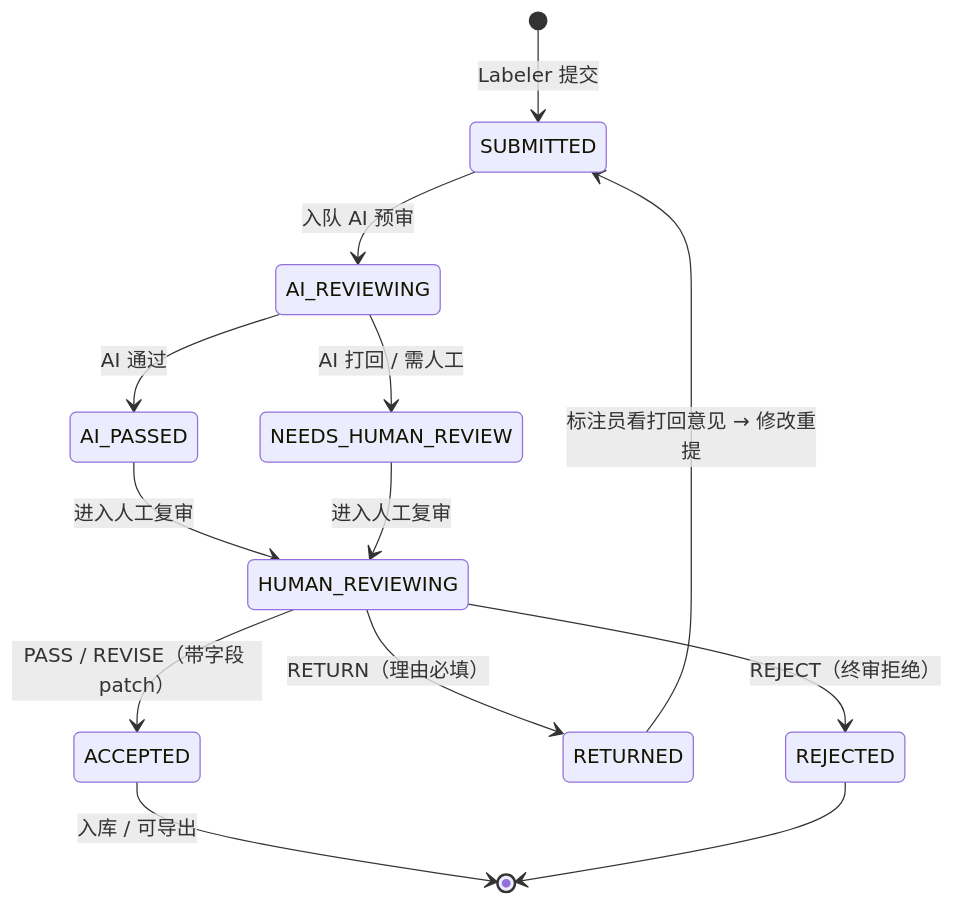
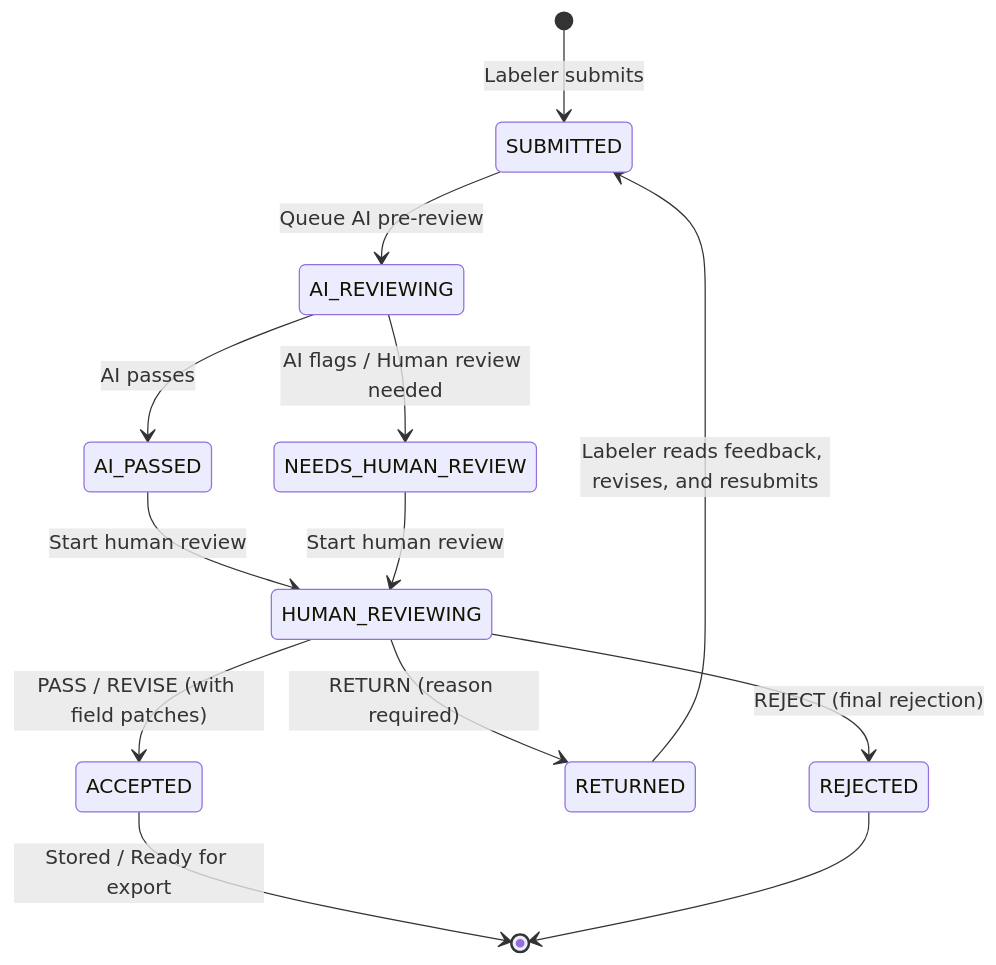
One commit to peilinpeng/labelhub changed the third of 3 diagrams in README.md. Above: the diagram before and after it, drawn with Mermaid. The commit also changed other lines of this file, not shown here.

````diff
--- a/README.md
+++ b/README.md
@@ -119,15 +189,15 @@
 ```mermaid
 stateDiagram-v2
-    [*] --> SUBMITTED: Labeler 提交
-    SUBMITTED --> AI_REVIEWING: 入队 AI 预审
-    AI_REVIEWING --> AI_PASSED: AI 通过
-    AI_REVIEWING --> NEEDS_HUMAN_REVIEW: AI 打回 / 需人工
-    AI_PASSED --> HUMAN_REVIEWING: 进入人工复审
-    NEEDS_HUMAN_REVIEW --> HUMAN_REVIEWING: 进入人工复审
-    HUMAN_REVIEWING --> ACCEPTED: PASS / REVISE（带字段 patch）
-    HUMAN_REVIEWING --> RETURNED: RETURN（理由必填）
-    HUMAN_REVIEWING --> REJECTED: REJECT（终审拒绝）
-    RETURNED --> SUBMITTED: 标注员看打回意见 → 修改重提
-    ACCEPTED --> [*]: 入库 / 可导出
+    [*] --> SUBMITTED: Labeler submits
+    SUBMITTED --> AI_REVIEWING: Queue AI pre-review
+    AI_REVIEWING --> AI_PASSED: AI passes
+    AI_REVIEWING --> NEEDS_HUMAN_REVIEW: AI flags / Human review needed
+    AI_PASSED --> HUMAN_REVIEWING: Start human review
+    NEEDS_HUMAN_REVIEW --> HUMAN_REVIEWING: Start human review
+    HUMAN_REVIEWING --> ACCEPTED: PASS / REVISE (with field patches)
+    HUMAN_REVIEWING --> RETURNED: RETURN (reason required)
+    HUMAN_REVIEWING --> REJECTED: REJECT (final rejection)
+    RETURNED --> SUBMITTED: Labeler reads feedback, revises, and resubmits
+    ACCEPTED --> [*]: Stored / Ready for export
     REJECTED --> [*]
 ```
````
